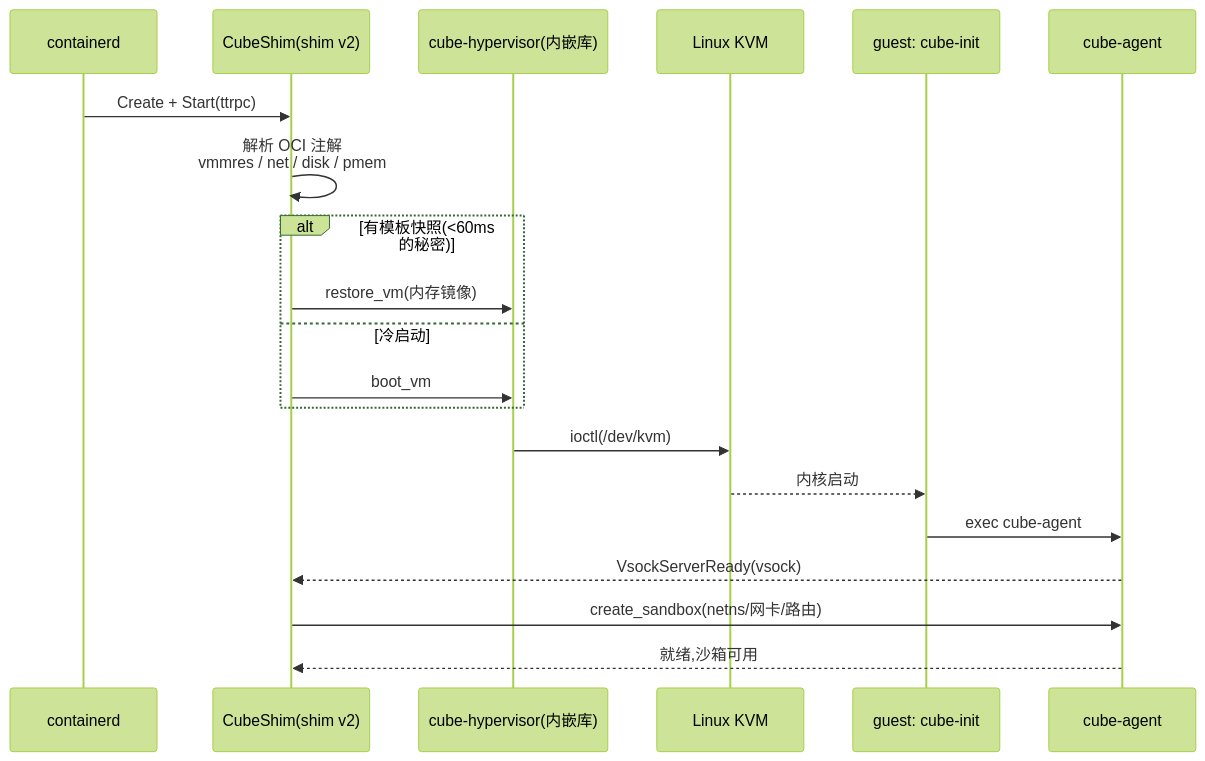
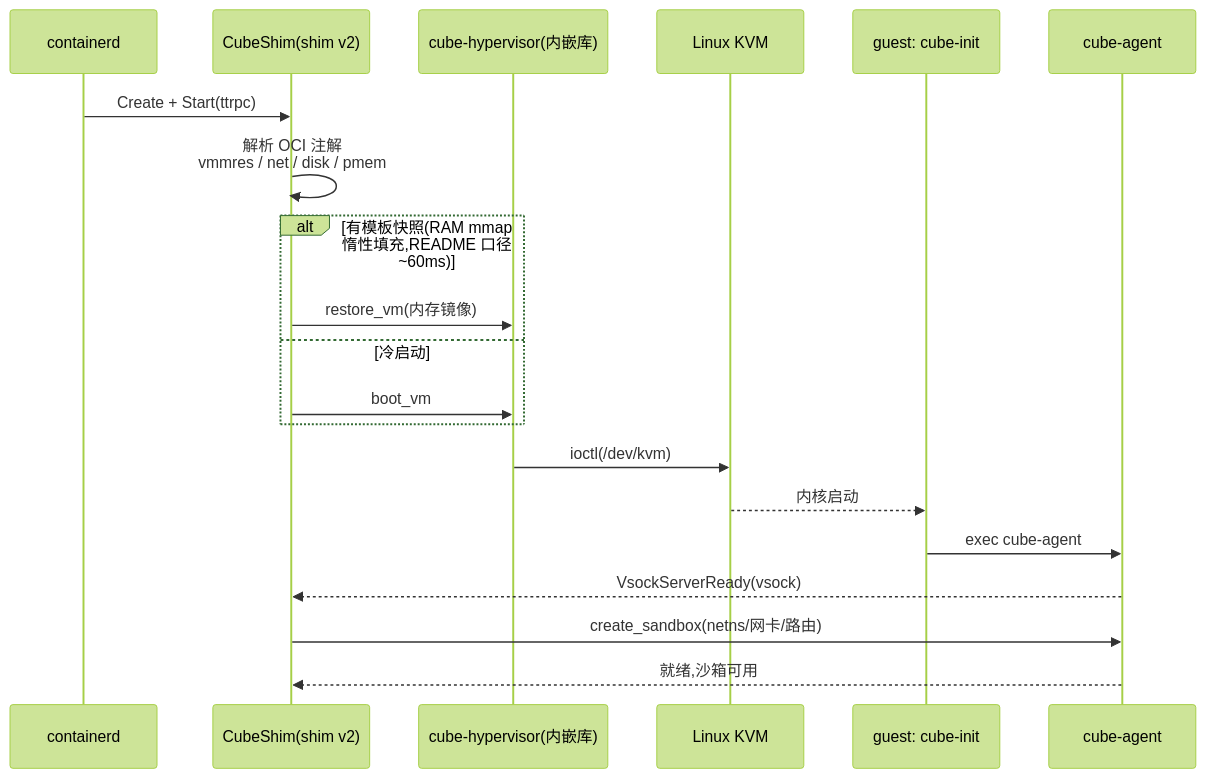
Before and after one commit to yangjinqian128/note: the fifth of 5 diagrams in cube/cube-template-creation-flow.md, drawn with Mermaid (forest theme). The commit also changed other lines of this file and 7 other files, not shown here.

````diff
--- a/cube/cube-template-creation-flow.md
+++ b/cube/cube-template-creation-flow.md
@@ -205,23 +135,23 @@
 ```mermaid
 sequenceDiagram
     participant CT as containerd
     participant SH as CubeShim(shim v2)
     participant VMM as cube-hypervisor(内嵌库)
     participant K as Linux KVM
     participant GI as guest: cube-init
     participant AG as cube-agent
 
     CT->>SH: Create + Start(ttrpc)
     SH->>SH: 解析 OCI 注解<br/>vmmres / net / disk / pmem
-    alt 有模板快照(<60ms 的秘密)
+    alt 有模板快照(RAM mmap 惰性填充,README 口径 ~60ms)
         SH->>VMM: restore_vm(内存镜像)
     else 冷启动
         SH->>VMM: boot_vm
     end
     VMM->>K: ioctl(/dev/kvm)
     K-->>GI: 内核启动
     GI->>AG: exec cube-agent
     AG-->>SH: VsockServerReady(vsock)
     SH->>AG: create_sandbox(netns/网卡/路由)
     AG-->>SH: 就绪,沙箱可用
 ```
````
